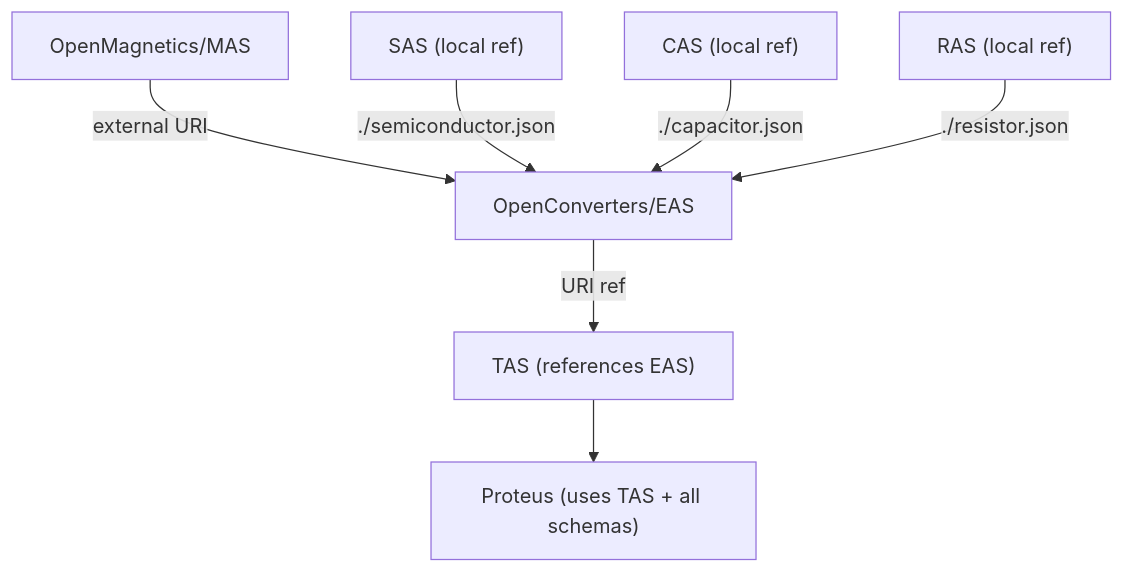
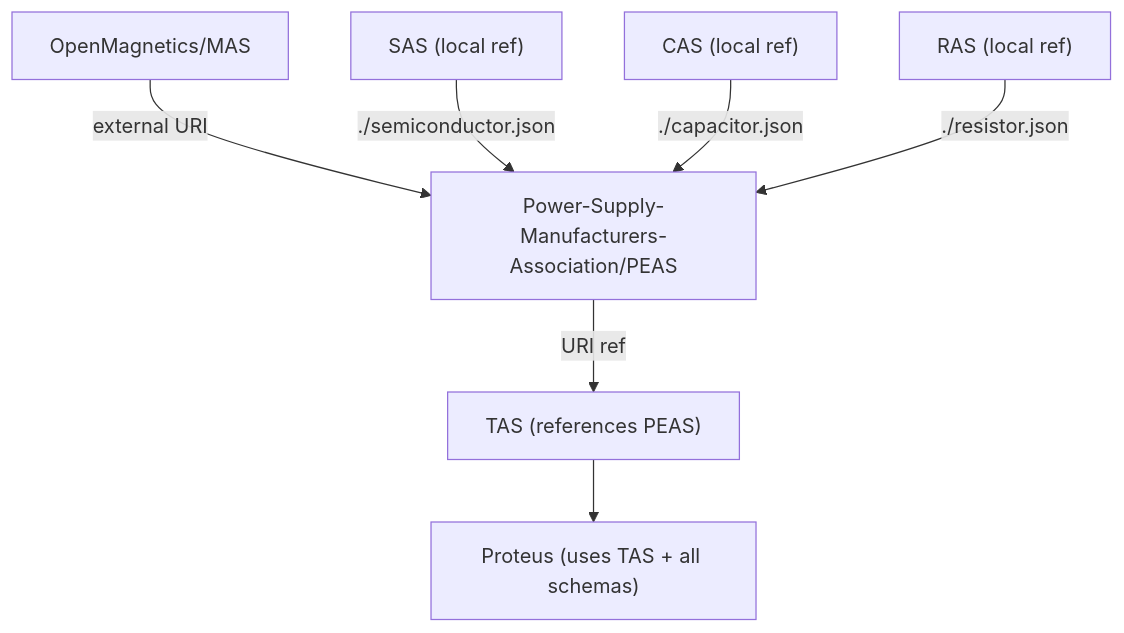
The fourth of 4 diagrams in docs/architecture.md (Power-Supply-Manufacturers-Association/PEAS), drawn with Mermaid before and after one commit. The commit also changed other lines of this file and 13 other files, not shown here.

First line of the commit message:
Rename EAS to PEAS (Power Electronics Agnostic Structure)

````diff
--- a/docs/architecture.md
+++ b/docs/architecture.md
@@ -296,17 +296,17 @@
 ```mermaid
 flowchart TD
     MAS["OpenMagnetics/MAS"]
-    EAS["OpenConverters/EAS"]
+    PEAS["Power-Supply-Manufacturers-Association/PEAS"]
     SAS["SAS (local ref)"]
     CAS["CAS (local ref)"]
     RAS["RAS (local ref)"]
-    TAS["TAS (references EAS)"]
+    TAS["TAS (references PEAS)"]
     Proteus["Proteus (uses TAS + all schemas)"]
 
-    MAS -->|"external URI"| EAS
-    SAS -->|"./semiconductor.json"| EAS
-    CAS -->|"./capacitor.json"| EAS
-    RAS -->|"./resistor.json"| EAS
-    EAS -->|"URI ref"| TAS
+    MAS -->|"external URI"| PEAS
+    SAS -->|"./semiconductor.json"| PEAS
+    CAS -->|"./capacitor.json"| PEAS
+    RAS -->|"./resistor.json"| PEAS
+    PEAS -->|"URI ref"| TAS
     TAS --> Proteus
 ```
````
